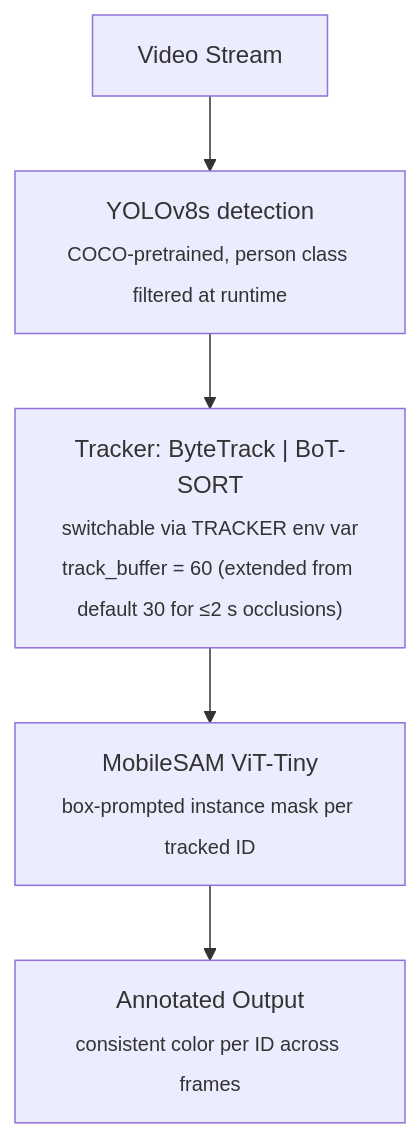
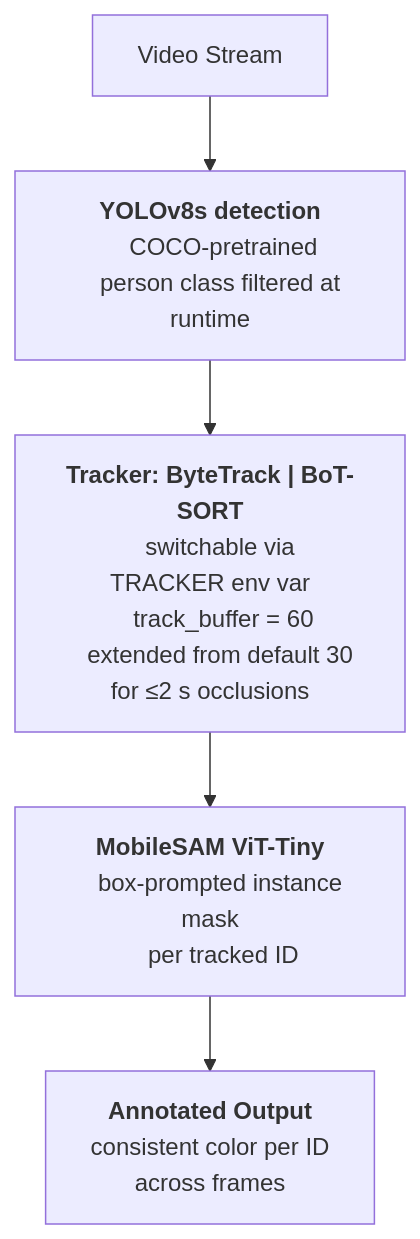
Before and after one commit to TejasCThakare/edgetrack: the diagram in README.md, drawn with Mermaid.

Commit message:
docs: fix README with Mermaid architecture and proper code fences

````diff
--- a/README.md
+++ b/README.md
@@ -25,7 +25,24 @@
 ```mermaid
 flowchart TD
-    A[Video Stream] --> B["YOLOv8s detection<br/><sub>COCO-pretrained, person class filtered at runtime</sub>"]
-    B --> C["Tracker: ByteTrack | BoT-SORT<br/><sub>switchable via TRACKER env var<br/>track_buffer = 60 (extended from default 30 for ≤2 s occlusions)</sub>"]
-    C --> D["MobileSAM ViT-Tiny<br/><sub>box-prompted instance mask per tracked ID</sub>"]
-    D --> E["Annotated Output<br/><sub>consistent color per ID across frames</sub>"]
+    A[Video Stream] --> B
+    B --> C
+    C --> D
+    D --> E
+
+    B["<b>YOLOv8s detection</b>
+    COCO-pretrained
+    person class filtered at runtime"]
+
+    C["<b>Tracker: ByteTrack | BoT-SORT</b>
+    switchable via TRACKER env var
+    track_buffer = 60
+    extended from default 30 for ≤2 s occlusions"]
+
+    D["<b>MobileSAM ViT-Tiny</b>
+    box-prompted instance mask
+    per tracked ID"]
+
+    E["<b>Annotated Output</b>
+    consistent color per ID
+    across frames"]
 ```
````
